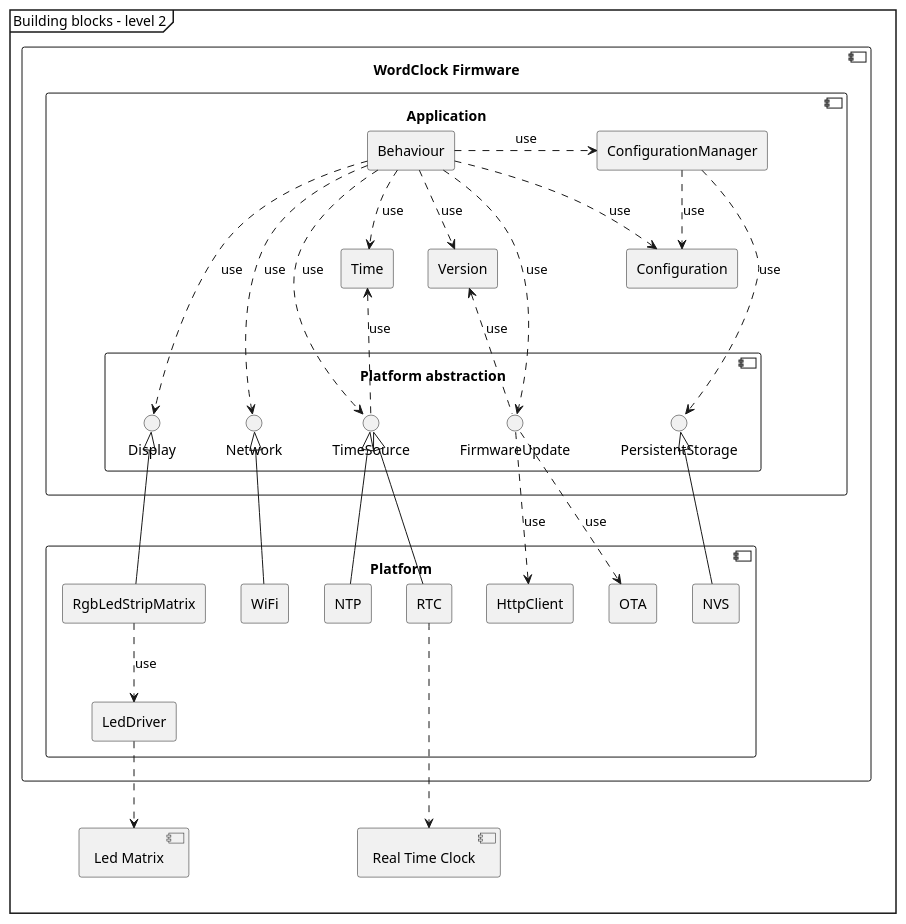
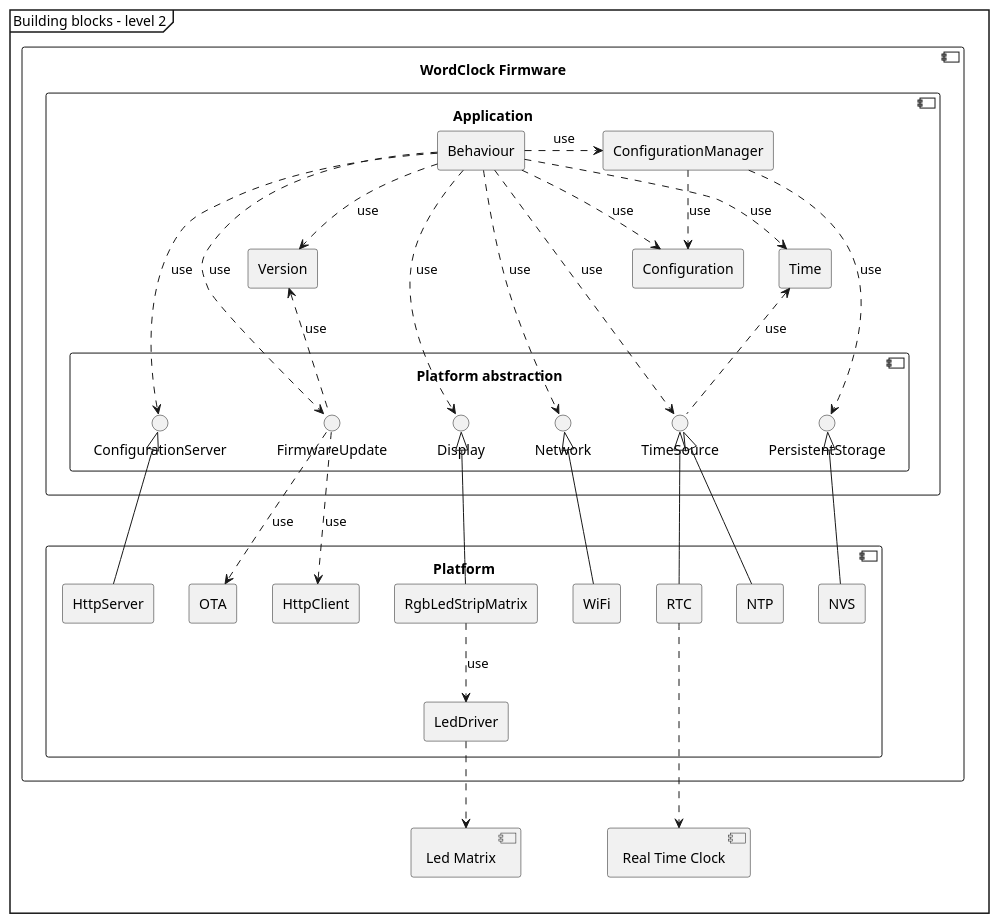
One commit to lmayencourt/wordclock changed the diagram in doc/uml/2_solution_description/system_structure/building_blocks_lvl_2.puml. Above: the diagram before and after it, drawn with PlantUML. The commit also changed 1 other file, not shown here.

Commit message:
Update uml diagrams

```diff
--- a/doc/uml/2_solution_description/system_structure/building_blocks_lvl_2.puml
+++ b/doc/uml/2_solution_description/system_structure/building_blocks_lvl_2.puml
@@ -1,61 +1,65 @@
 @startuml
 mainframe Building blocks - level 2
 
 component "WordClock Firmware" as clk_fw{
     component Application {
         rectangle Behaviour
         rectangle Configuration
         rectangle ConfigurationManager
         rectangle Version
         rectangle Time
 
         component "Platform abstraction" as pal {
             interface Display
             interface PersistentStorage
             interface Network
             interface TimeSource
             interface FirmwareUpdate
+            interface ConfigurationServer
         }
     }
 
     component Platform {
         rectangle RgbLedStripMatrix
         rectangle LedDriver
         rectangle NTP
         rectangle RTC
         rectangle NVS
         rectangle WiFi
         rectangle HttpClient
         rectangle OTA
+        rectangle HttpServer
     }
 }
 
 component "Real Time Clock" as Rtc
 component "Led Matrix" as Led_matrix
 
 Behaviour .> Configuration: use
 Behaviour .> ConfigurationManager: use
 Behaviour .> Time: use
 Behaviour ..> Network: use
 Behaviour ..> Display: use
 Behaviour ..> Version: use
 Behaviour ..> FirmwareUpdate: use
 Behaviour ..> TimeSource: use
+Behaviour ..> ConfigurationServer: use
 Time <.. TimeSource: use
 ConfigurationManager ..> PersistentStorage: use
 ConfigurationManager ..> Configuration: use
 Version <.. FirmwareUpdate: use
 
 Display <|-- RgbLedStripMatrix
 RgbLedStripMatrix ..> LedDriver: use
 PersistentStorage <|-- NVS
 Network <|-- WiFi
 TimeSource <|-- NTP
 TimeSource <|-- RTC
+ConfigurationServer <|-- HttpServer
 FirmwareUpdate ..> OTA: use
 FirmwareUpdate ..> HttpClient: use
 
 RTC ...> Rtc
 LedDriver ..> Led_matrix
 
 @enduml
```
